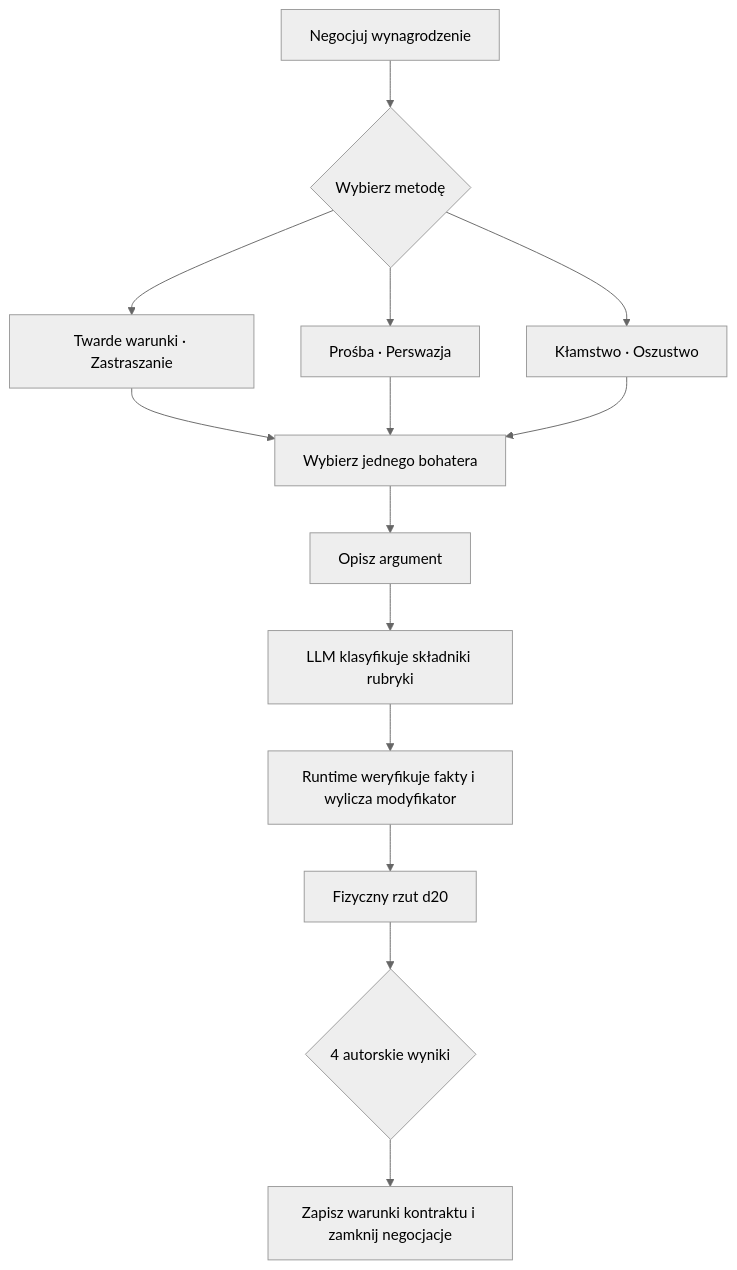
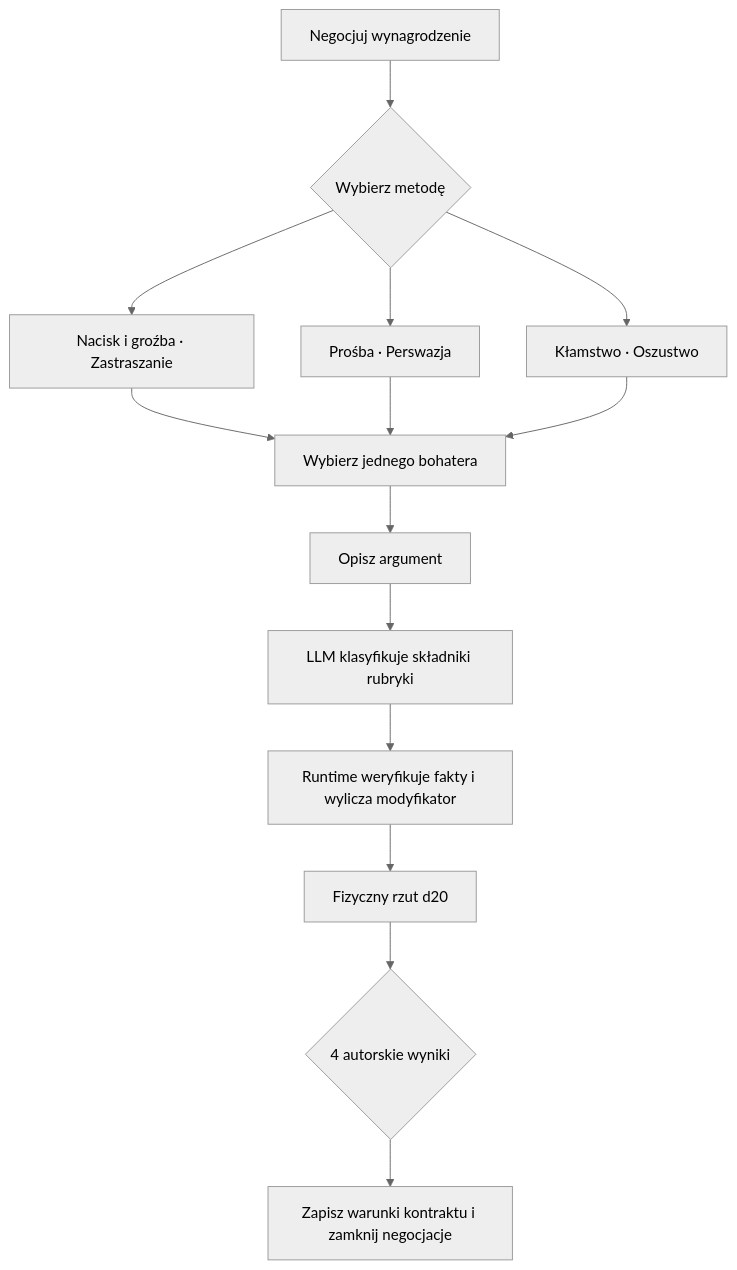
One commit to Winiarsky/The-game changed the first of 4 diagrams in content/scenarios/campaign/MAPA_0_GILDIA_NESSA_SPEC.md. Above: the diagram before and after it, drawn with Mermaid (neutral theme). The commit also changed other lines of this file and 117 other files, not shown here.

````diff
--- a/content/scenarios/campaign/MAPA_0_GILDIA_NESSA_SPEC.md
+++ b/content/scenarios/campaign/MAPA_0_GILDIA_NESSA_SPEC.md
@@ -704,21 +706,21 @@
 ```mermaid
 flowchart TB
     OPEN["Negocjuj wynagrodzenie"]
     ROUTE{"Wybierz metodę"}
-    HARD["Twarde warunki · Zastraszanie"]
+    HARD["Nacisk i groźba · Zastraszanie"]
     REQUEST["Prośba · Perswazja"]
     LIE["Kłamstwo · Oszustwo"]
     HERO["Wybierz jednego bohatera"]
     METHOD["Opisz argument"]
     RUBRIC["LLM klasyfikuje składniki rubryki"]
     VALIDATE["Runtime weryfikuje fakty i wylicza modyfikator"]
     ROLL["Fizyczny rzut d20"]
     OUTCOME{"4 autorskie wyniki"}
     LOCK["Zapisz warunki kontraktu i zamknij negocjacje"]
 
     OPEN --> ROUTE
     ROUTE --> HARD --> HERO
     ROUTE --> REQUEST --> HERO
     ROUTE --> LIE --> HERO
     HERO --> METHOD --> RUBRIC --> VALIDATE --> ROLL --> OUTCOME --> LOCK
 ```
````
